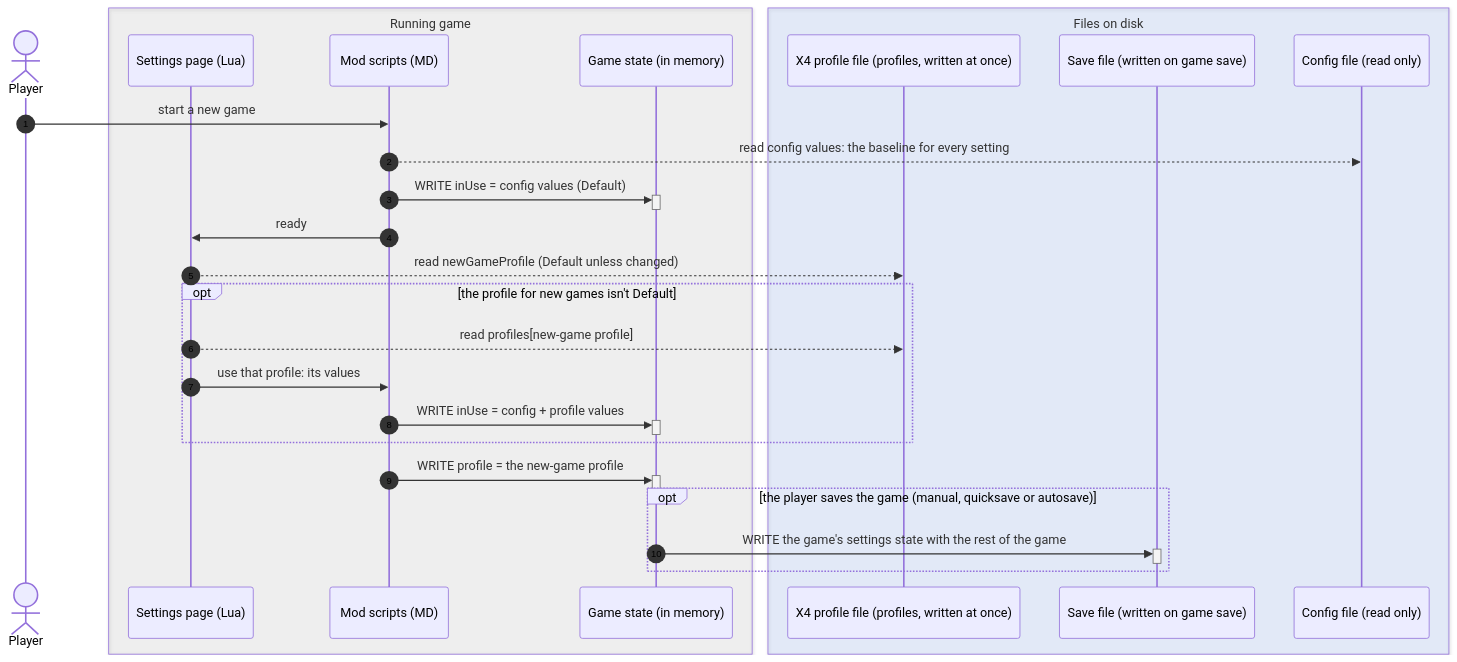
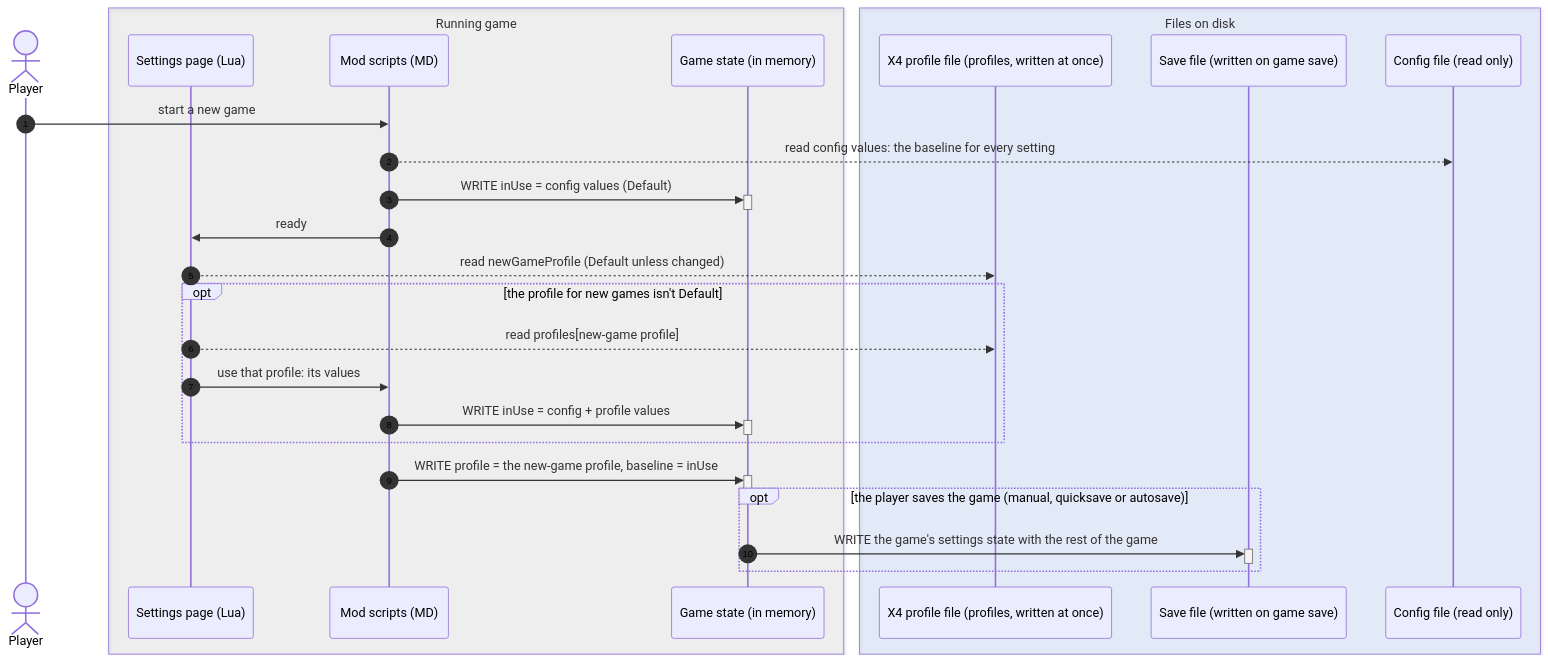
One commit to ecarlste/x4-pirates-life-mod changed the first of 11 diagrams in docs/specs/settings-profiles-flows.md. Above: the diagram before and after it, drawn with Mermaid. The commit also changed other lines of this file and 10 other files, not shown here.

````diff
--- a/docs/specs/settings-profiles-flows.md
+++ b/docs/specs/settings-profiles-flows.md
@@ -22,35 +22,35 @@
 ```mermaid
 %%{init: {'themeVariables': {'sequenceNumberColor': '#000000'}, 'themeCSS': '[id$=sequencenumber] circle { fill: #ffffff } .sequenceNumber { fill: #000000 }'}}%%
 sequenceDiagram
     autonumber
     actor P as Player
     box rgba(150,150,150,0.10) Running game
     participant L as Settings page (Lua)
     participant M as Mod scripts (MD)
     participant G as Game state (in memory)
     end
     box rgba(80,140,255,0.12) Files on disk
     participant U as X4 profile file (profiles, written at once)
     participant S as Save file (written on game save)
     participant C as Config file (read only)
     end
 
     P->>M: start a new game
     M-->>C: read config values: the baseline for every setting
     M->>+G: WRITE inUse = config values (Default)
     deactivate G
     M->>L: ready
     L-->>U: read newGameProfile (Default unless changed)
     opt the profile for new games isn't Default
     L-->>U: read profiles[new-game profile]
     L->>M: use that profile: its values
     M->>+G: WRITE inUse = config + profile values
     deactivate G
     end
-    M->>+G: WRITE profile = the new-game profile
+    M->>+G: WRITE profile = the new-game profile, baseline = inUse
     deactivate G
     opt the player saves the game (manual, quicksave or autosave)
     G->>+S: WRITE the game's settings state with the rest of the game
     deactivate S
     end
 ```
````
